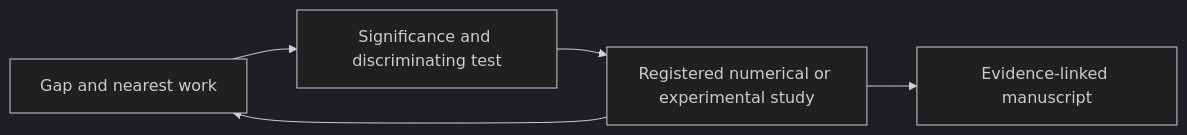
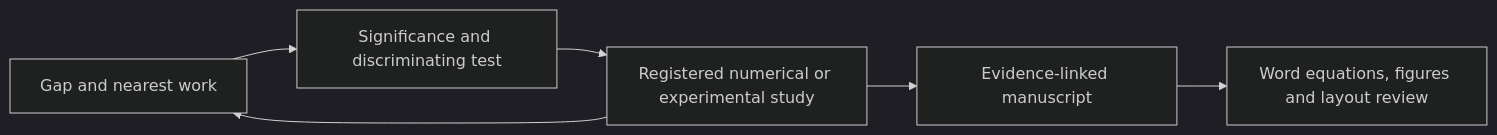
Before and after one commit to DJDeborah/research-mechanics-skills: the diagram in README.md, drawn with Mermaid (dark theme). The commit also changed other lines of this file and 15 other files, not shown here.

Commit message:
Add research Word skill with equations, figure tracing and practical QA

````diff
--- a/README.md
+++ b/README.md
@@ -37,7 +38,8 @@
 ```mermaid
 flowchart LR
   G[Gap and nearest work] --> S[Significance and discriminating test]
   S --> F[Registered numerical or experimental study]
   F --> W[Evidence-linked manuscript]
+  W --> D[Word equations, figures and layout review]
   F --> G
 ```
````
